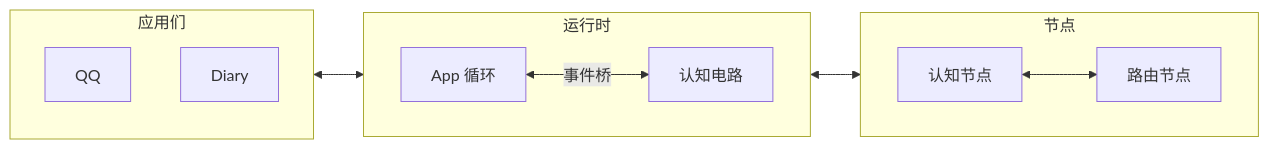
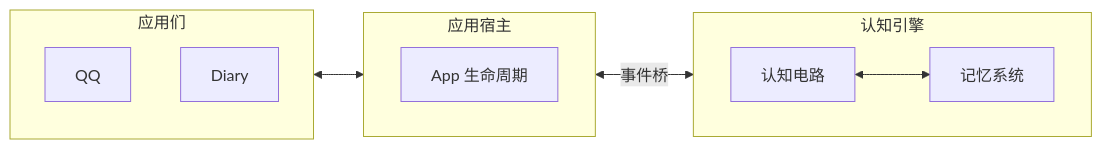
Before and after one commit to AuroraBot-Dev/docs: the diagram in start/overview.md, drawn with Mermaid. The commit also changed other lines of this file and 3 other files, not shown here.

````diff
--- a/start/overview.md
+++ b/start/overview.md
@@ -30,24 +29,22 @@
 ```mermaid
 flowchart LR
-    subgraph RUN["运行时"]
-        direction LR
-        A["App 循环"]
-        B["认知电路"]
-    end
-
     subgraph APPS["应用们"]
         QQ["QQ"]
         DIARY["Diary"]
     end
 
-    subgraph NODES["节点"]
+    subgraph RUN["应用宿主"]
         direction LR
-        AGENT["认知节点"]
-        ROUTER["路由节点"]
+        HOST["App 生命周期"]
     end
 
-    APPS <--> A
-    A <--"事件桥"--> B
-    B <--> NODES
-    AGENT <--> ROUTER
+    subgraph NODES["认知引擎"]
+        direction LR
+        A["认知电路"]
+        B["记忆系统"]
+    end
+
+    APPS <--> HOST
+    HOST <--"事件桥"--> A
+    A <--> B
 ```
````
